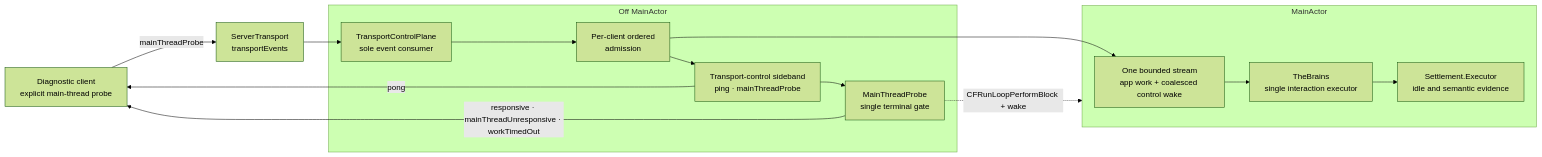
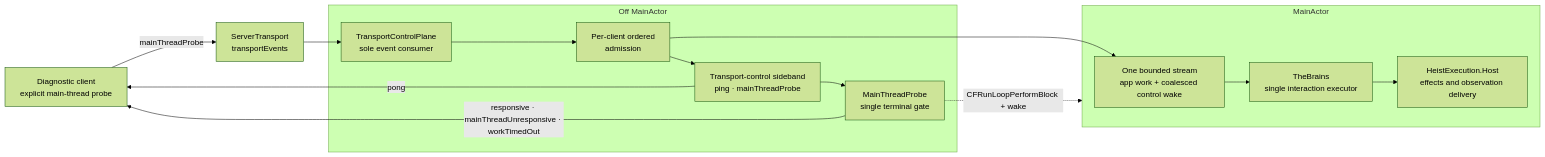
The first of 2 diagrams in docs/diagrams/transport-control-plane.md (RoyalPineapple/TheButtonHeist), drawn with Mermaid (forest theme) before and after one commit. The commit also changed 326 other files, not shown here.

Commit message:
Complete canonical observation execution migration

````diff
--- a/docs/diagrams/transport-control-plane.md
+++ b/docs/diagrams/transport-control-plane.md
@@ -13,30 +13,30 @@
 ```mermaid
 flowchart LR
     CLIENT["Diagnostic client<br/>explicit main-thread probe"]
     SOCKET["ServerTransport<br/>transportEvents"]
 
     subgraph offmain["Off MainActor"]
         CONTROL["TransportControlPlane<br/>sole event consumer"]
         ADMISSION["Per-client ordered<br/>admission"]
         SIDEBAND["Transport-control sideband<br/>ping · mainThreadProbe"]
         PROBE["MainThreadProbe<br/>single terminal gate"]
     end
 
     subgraph main["MainActor"]
         STREAM["One bounded stream<br/>app work + coalesced control wake"]
         BRAINS["TheBrains<br/>single interaction executor"]
-        SETTLE["Settlement.Executor<br/>idle and semantic evidence"]
+        HEIST["HeistExecution.Host<br/>effects and observation delivery"]
     end
 
     CLIENT -- "mainThreadProbe" --> SOCKET
     SOCKET --> CONTROL
     CONTROL --> ADMISSION
     ADMISSION --> SIDEBAND
     ADMISSION --> STREAM
     SIDEBAND -- "pong" --> CLIENT
     SIDEBAND --> PROBE
     PROBE -- "responsive · mainThreadUnresponsive · workTimedOut" --> CLIENT
     PROBE -. "CFRunLoopPerformBlock + wake" .-> main
     STREAM --> BRAINS
-    BRAINS --> SETTLE
+    BRAINS --> HEIST
 ```
````
